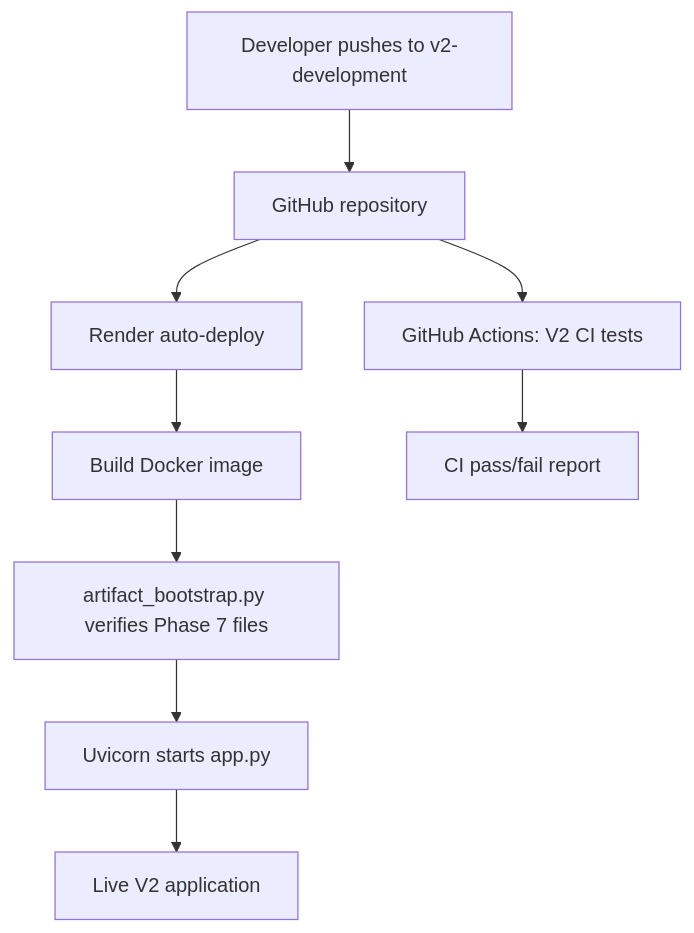
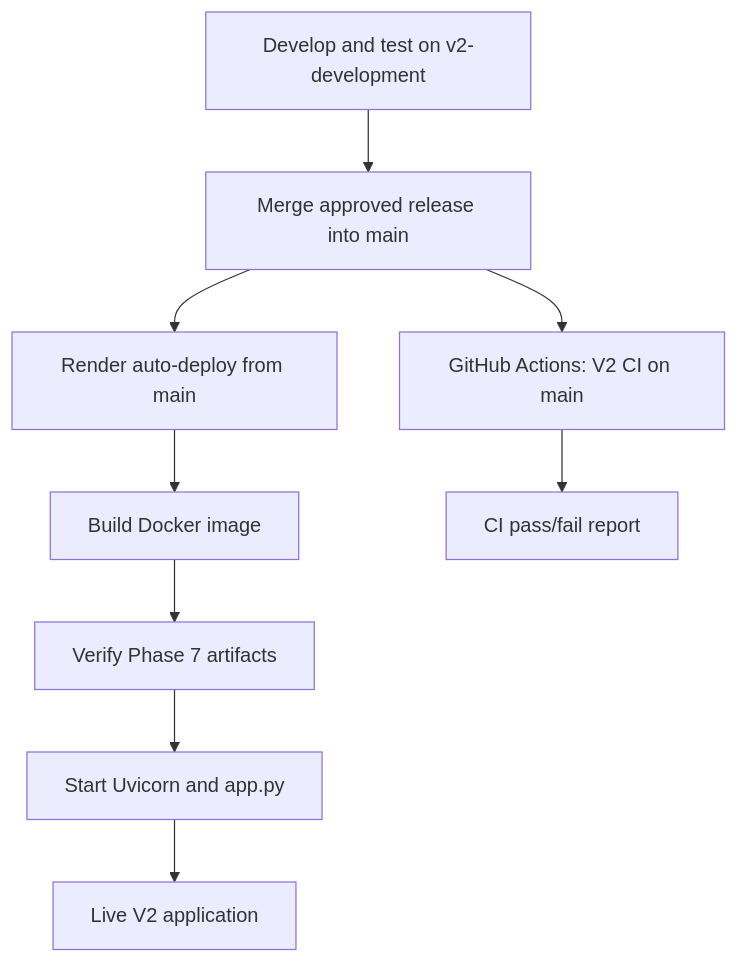
One commit to nakkkul/Network_Security changed the second of 2 diagrams in README.md. Above: the diagram before and after it, drawn with Mermaid. The commit also changed other lines of this file, not shown here.

Commit message:
Document main as V2 production branch

````diff
--- a/README.md
+++ b/README.md
@@ -46,11 +46,11 @@
 ```mermaid
 flowchart TD
-    A[Developer pushes to v2-development] --> B[GitHub repository]
-    B --> C[GitHub Actions: V2 CI tests]
-    B --> D[Render auto-deploy]
+    A[Develop and test on v2-development] --> B[Merge approved release into main]
+    B --> C[GitHub Actions: V2 CI on main]
+    B --> D[Render auto-deploy from main]
     D --> E[Build Docker image]
-    E --> F[artifact_bootstrap.py verifies Phase 7 files]
-    F --> G[Uvicorn starts app.py]
+    E --> F[Verify Phase 7 artifacts]
+    F --> G[Start Uvicorn and app.py]
     G --> H[Live V2 application]
     C --> I[CI pass/fail report]
 ```
````
